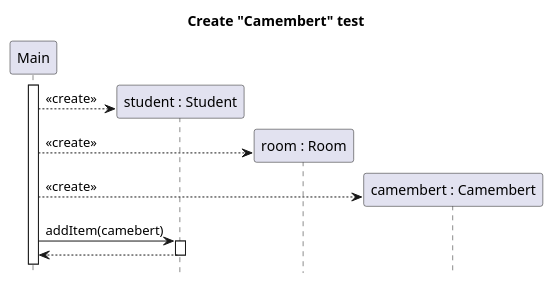
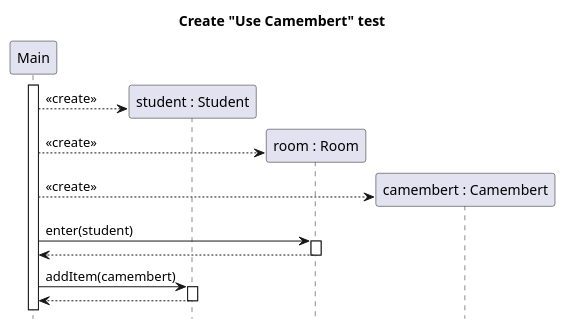
One commit to sn4k3ch4rm3r/logarlec changed the diagram in docs/diagrams/test-create-sequence/student-use-camembert-create.puml. Above: the diagram before and after it, drawn with PlantUML. The commit also changed 15 other files, not shown here.

Commit message:
Sequence diagram consistency

```diff
--- a/docs/diagrams/test-create-sequence/student-use-camembert-create.puml
+++ b/docs/diagrams/test-create-sequence/student-use-camembert-create.puml
@@ -1,20 +1,22 @@
 @startuml student-use-camembert-create
-title Create "Camembert" test
+title Create "Use Camembert" test
 hide footbox
 
 participant "Main" as main
 participant "student : Student" as student
 participant "room : Room" as room
 participant "camembert : Camembert" as camembert
 
 main++
 create student
 main --> student : <<create>>
 create room
 main --> room : <<create>>
 create camembert
 main --> camembert : <<create>>
-main -> student ++ : addItem(camebert)
+main -> room ++ : enter(student)
+return
+main -> student ++ : addItem(camembert)
 return
 
 @enduml
```
